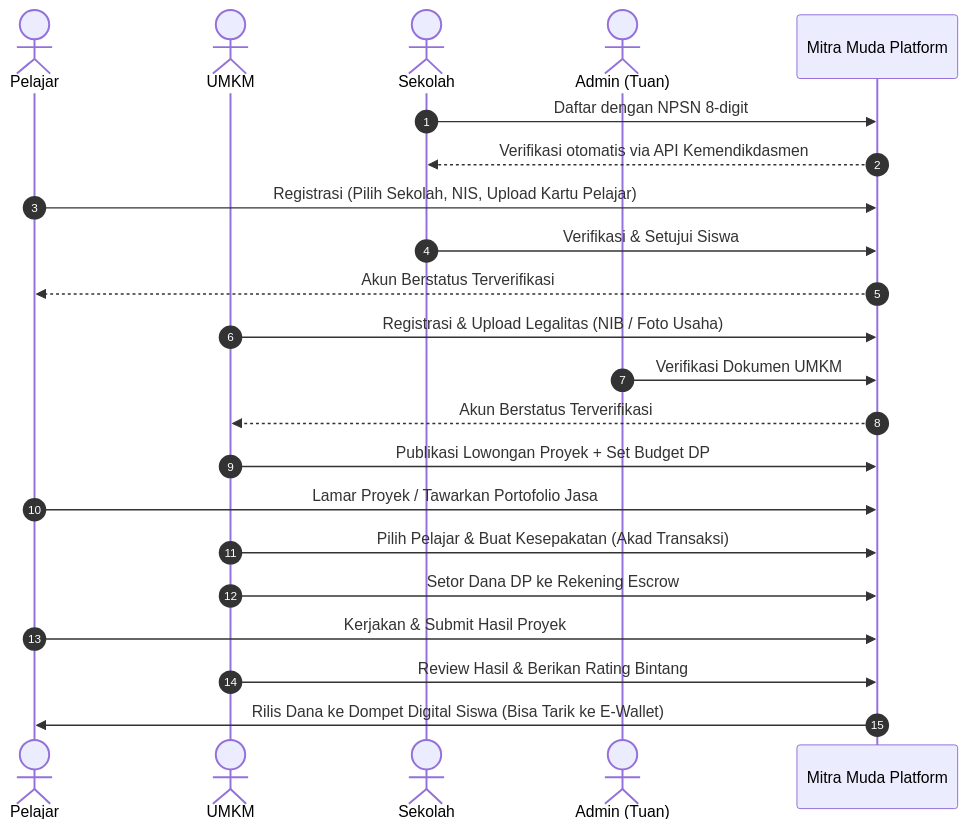
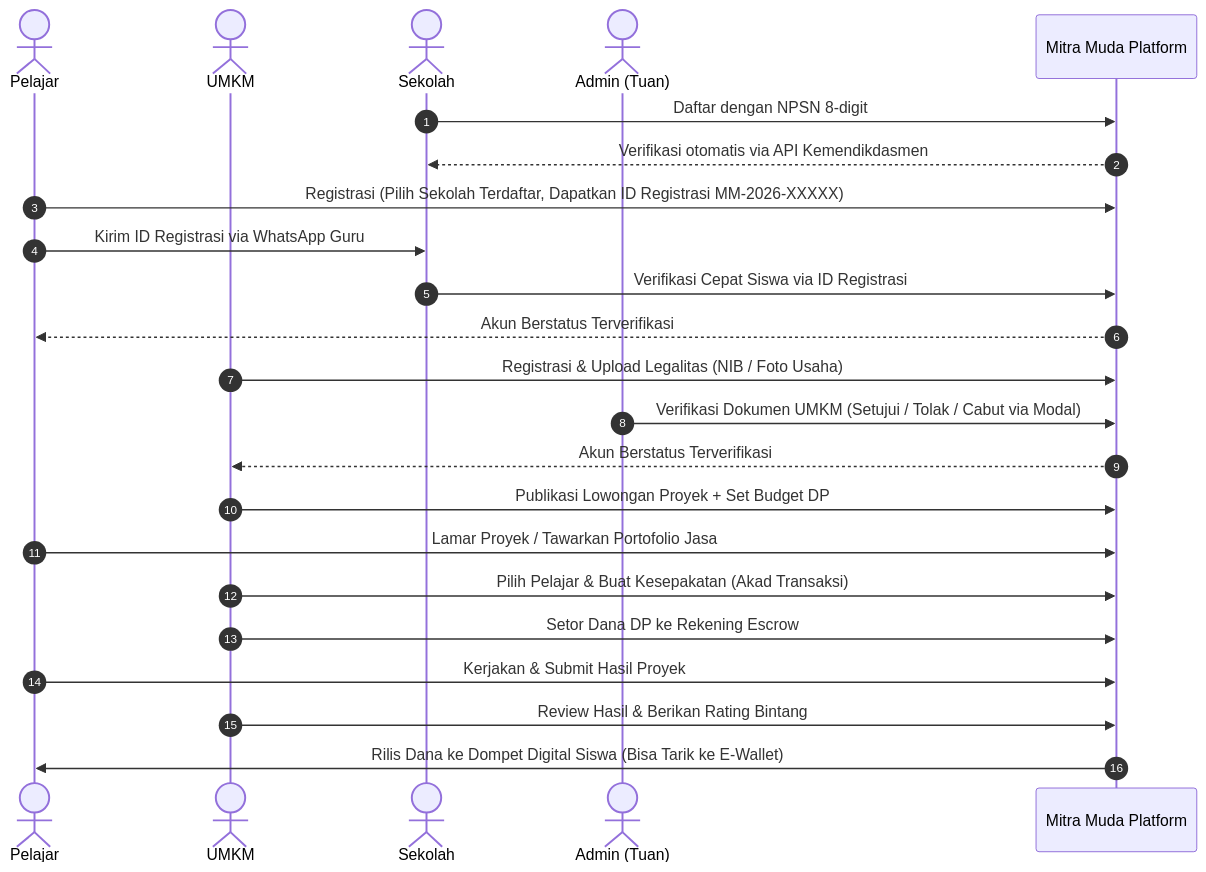
One commit to Razerpoa/itechcup-2026 changed the second of 2 diagrams in README.md. Above: the diagram before and after it, drawn with Mermaid. The commit also changed 9 other files, not shown here.

Commit message:
fix(auth): connect student registration to school db, add registration id flow, instant dashboard access, and admin action modal

````diff
--- a/README.md
+++ b/README.md
@@ -182,28 +182,29 @@
 ```mermaid
 sequenceDiagram
     autonumber
     actor Pelajar
     actor UMKM
     actor Sekolah
     actor Tuan as Admin (Tuan)
     participant Platform as Mitra Muda Platform
 
     Sekolah->>Platform: Daftar dengan NPSN 8-digit
     Platform-->>Sekolah: Verifikasi otomatis via API Kemendikdasmen
 
-    Pelajar->>Platform: Registrasi (Pilih Sekolah, NIS, Upload Kartu Pelajar)
-    Sekolah->>Platform: Verifikasi & Setujui Siswa
+    Pelajar->>Platform: Registrasi (Pilih Sekolah Terdaftar, Dapatkan ID Registrasi MM-2026-XXXXX)
+    Pelajar->>Sekolah: Kirim ID Registrasi via WhatsApp Guru
+    Sekolah->>Platform: Verifikasi Cepat Siswa via ID Registrasi
     Platform-->>Pelajar: Akun Berstatus Terverifikasi
 
     UMKM->>Platform: Registrasi & Upload Legalitas (NIB / Foto Usaha)
-    Tuan->>Platform: Verifikasi Dokumen UMKM
+    Tuan->>Platform: Verifikasi Dokumen UMKM (Setujui / Tolak / Cabut via Modal)
     Platform-->>UMKM: Akun Berstatus Terverifikasi
 
     UMKM->>Platform: Publikasi Lowongan Proyek + Set Budget DP
     Pelajar->>Platform: Lamar Proyek / Tawarkan Portofolio Jasa
     UMKM->>Platform: Pilih Pelajar & Buat Kesepakatan (Akad Transaksi)
     UMKM->>Platform: Setor Dana DP ke Rekening Escrow
     Pelajar->>Platform: Kerjakan & Submit Hasil Proyek
     UMKM->>Platform: Review Hasil & Berikan Rating Bintang
     Platform->>Pelajar: Rilis Dana ke Dompet Digital Siswa (Bisa Tarik ke E-Wallet)
 ```
````
